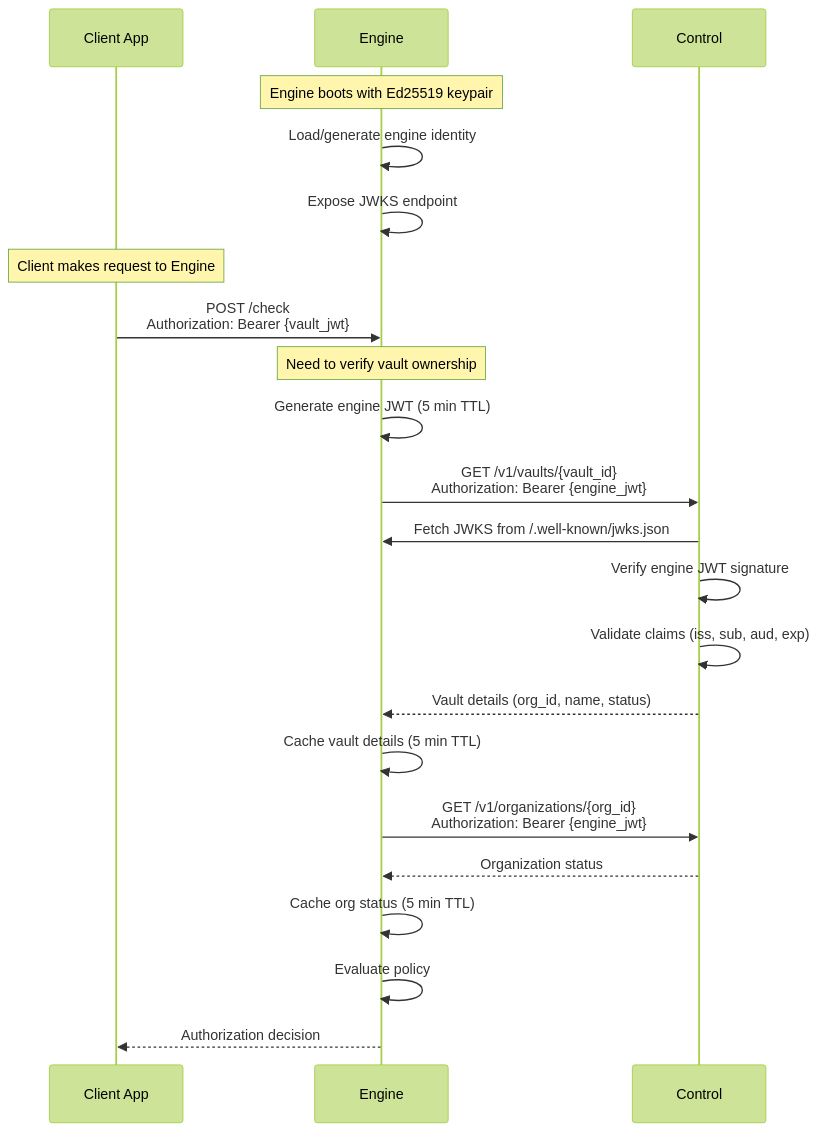
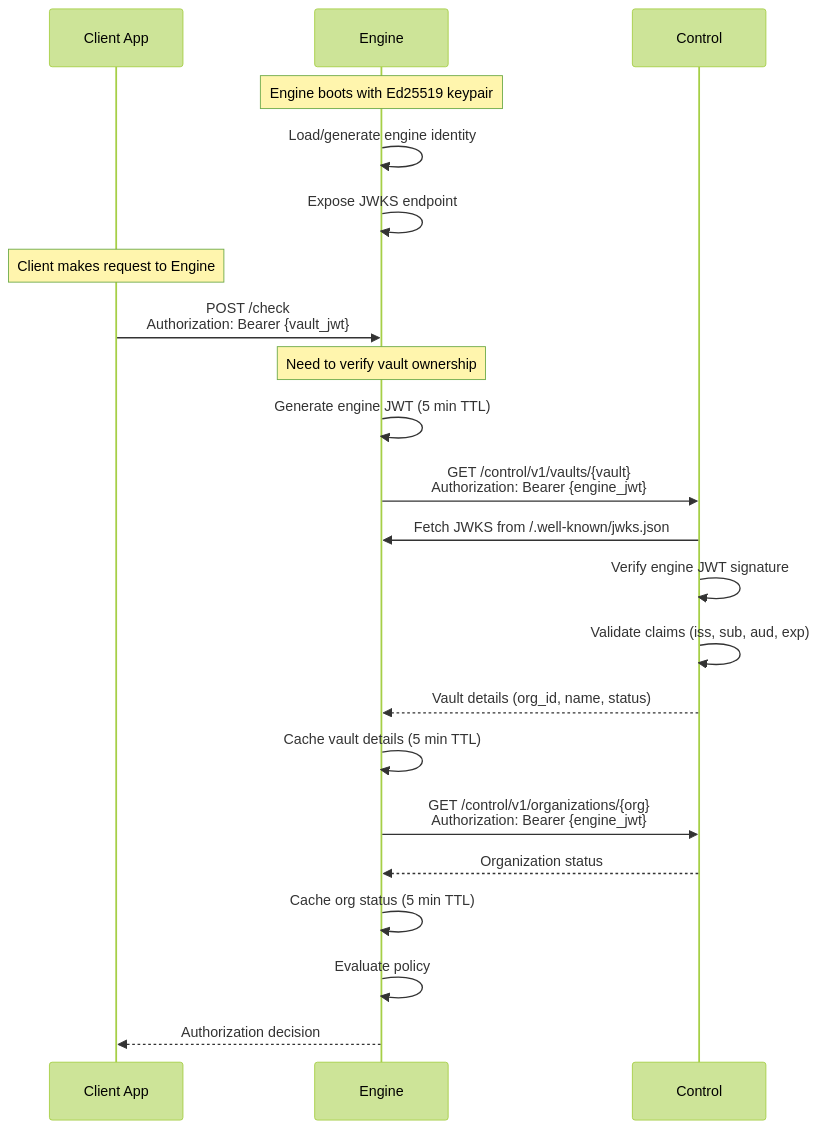
One commit to inferadb/control changed the eighth of 8 diagrams in docs/authentication.md. Above: the diagram before and after it, drawn with Mermaid (forest theme). The commit also changed other lines of this file and 49 other files, not shown here.

````diff
--- a/docs/authentication.md
+++ b/docs/authentication.md
@@ -1117,33 +1117,33 @@
 ```mermaid
 sequenceDiagram
     participant Client as Client App
     participant ServerAPI as Engine
     participant MgmtAPI as Control
 
     Note over ServerAPI: Engine boots with Ed25519 keypair
 
     ServerAPI->>ServerAPI: Load/generate engine identity
     ServerAPI->>ServerAPI: Expose JWKS endpoint
 
     Note over Client: Client makes request to Engine
 
     Client->>ServerAPI: POST /check<br/>Authorization: Bearer {vault_jwt}
 
     Note over ServerAPI: Need to verify vault ownership
 
     ServerAPI->>ServerAPI: Generate engine JWT (5 min TTL)
-    ServerAPI->>MgmtAPI: GET /v1/vaults/{vault_id}<br/>Authorization: Bearer {engine_jwt}
+    ServerAPI->>MgmtAPI: GET /control/v1/vaults/{vault}<br/>Authorization: Bearer {engine_jwt}
 
     MgmtAPI->>ServerAPI: Fetch JWKS from /.well-known/jwks.json
     MgmtAPI->>MgmtAPI: Verify engine JWT signature
     MgmtAPI->>MgmtAPI: Validate claims (iss, sub, aud, exp)
     MgmtAPI-->>ServerAPI: Vault details (org_id, name, status)
 
     ServerAPI->>ServerAPI: Cache vault details (5 min TTL)
-    ServerAPI->>MgmtAPI: GET /v1/organizations/{org_id}<br/>Authorization: Bearer {engine_jwt}
+    ServerAPI->>MgmtAPI: GET /control/v1/organizations/{org}<br/>Authorization: Bearer {engine_jwt}
     MgmtAPI-->>ServerAPI: Organization status
 
     ServerAPI->>ServerAPI: Cache org status (5 min TTL)
     ServerAPI->>ServerAPI: Evaluate policy
     ServerAPI-->>Client: Authorization decision
 ```
````
